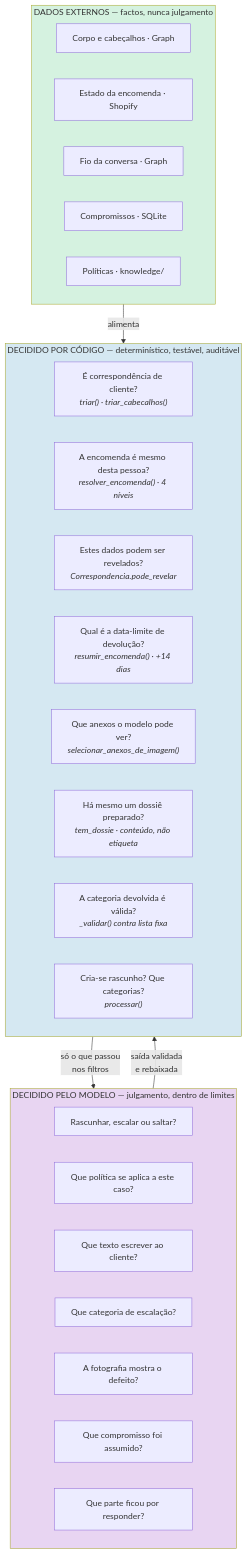
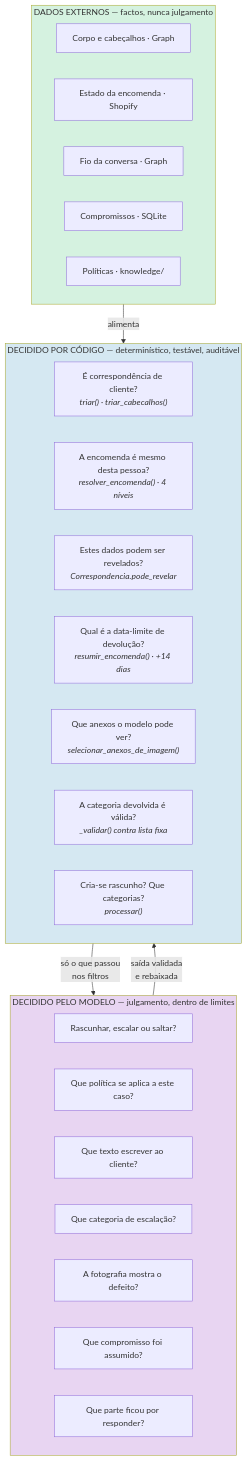
Before and after one commit to joaocarvalhini/Outlook-Reply-Assistant: the first of 2 diagrams in docs/03-ai/decision-making.md, drawn with Mermaid. The commit also changed other lines of this file and 21 other files, not shown here.

````diff
--- a/docs/03-ai/decision-making.md
+++ b/docs/03-ai/decision-making.md
@@ -21,39 +21,38 @@
 ```mermaid
 flowchart TB
     subgraph DET["DECIDIDO POR CÓDIGO — determinístico, testável, auditável"]
         D1["É correspondência de cliente?<br/><i>triar() · triar_cabecalhos()</i>"]
         D2["A encomenda é mesmo desta pessoa?<br/><i>resolver_encomenda() · 4 níveis</i>"]
         D3["Estes dados podem ser revelados?<br/><i>Correspondencia.pode_revelar</i>"]
         D4["Qual é a data-limite de devolução?<br/><i>resumir_encomenda() · +14 dias</i>"]
         D5["Que anexos o modelo pode ver?<br/><i>selecionar_anexos_de_imagem()</i>"]
-        D6["Há mesmo um dossiê preparado?<br/><i>tem_dossie · conteúdo, não etiqueta</i>"]
         D7["A categoria devolvida é válida?<br/><i>_validar() contra lista fixa</i>"]
         D8["Cria-se rascunho? Que categorias?<br/><i>processar()</i>"]
     end
 
     subgraph IA["DECIDIDO PELO MODELO — julgamento, dentro de limites"]
         M1["Rascunhar, escalar ou saltar?"]
         M2["Que política se aplica a este caso?"]
         M3["Que texto escrever ao cliente?"]
         M4["Que categoria de escalação?"]
         M5["A fotografia mostra o defeito?"]
         M6["Que compromisso foi assumido?"]
         M7["Que parte ficou por responder?"]
     end
 
     subgraph EXT["DADOS EXTERNOS — factos, nunca julgamento"]
         E1["Corpo e cabeçalhos · Graph"]
         E2["Estado da encomenda · Shopify"]
         E3["Fio da conversa · Graph"]
         E4["Compromissos · SQLite"]
         E5["Políticas · knowledge/"]
     end
 
     EXT -->|alimenta| DET
     DET -->|"só o que passou<br/>nos filtros"| IA
     IA -->|"saída validada<br/>e rebaixada"| DET
 
     style DET fill:#d5e8f2
     style IA fill:#e8d5f2
     style EXT fill:#d5f2e0
 ```
````
